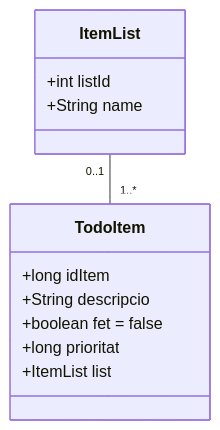
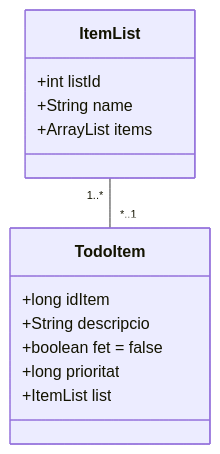
Before and after one commit to jonathan7e4/todo-list-springboot: the diagram in Readme.md, drawn with Mermaid. The commit also changed other lines of this file and 9 other files, not shown here.

````diff
--- a/Readme.md
+++ b/Readme.md
@@ -90,15 +83,16 @@
 ```mermaid
 classDiagram
 class TodoItem{
     +long idItem
     +String descripcio
     +boolean fet = false
     +long prioritat
     +ItemList list
 }
 class ItemList{
     +int listId
     +String name
+    +ArrayList<TodoItem> items
 }
-ItemList "0..1" -- "1..*" TodoItem  
+ItemList "1..*" -- "*..1" TodoItem  
 ```
````
